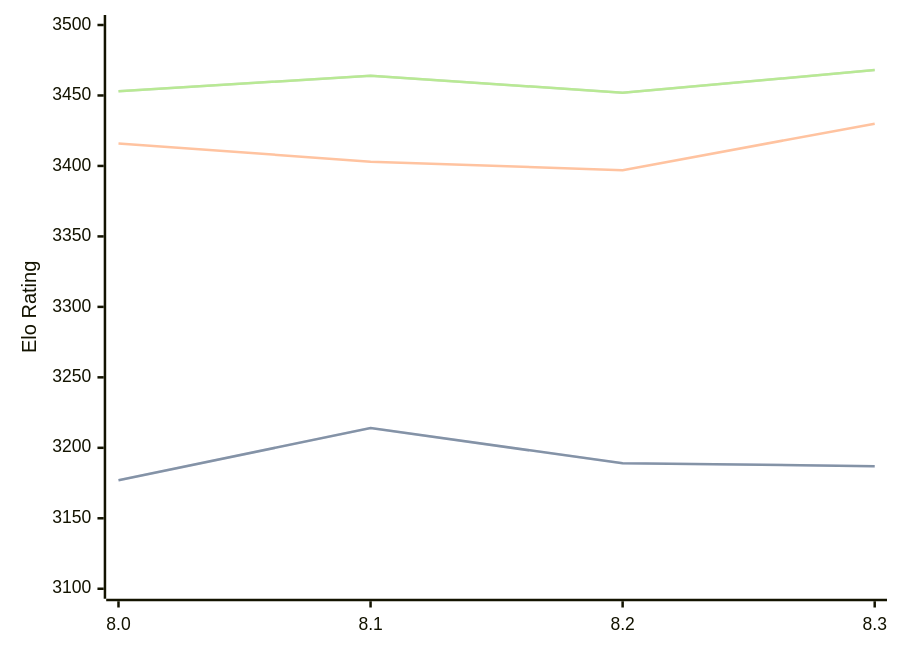
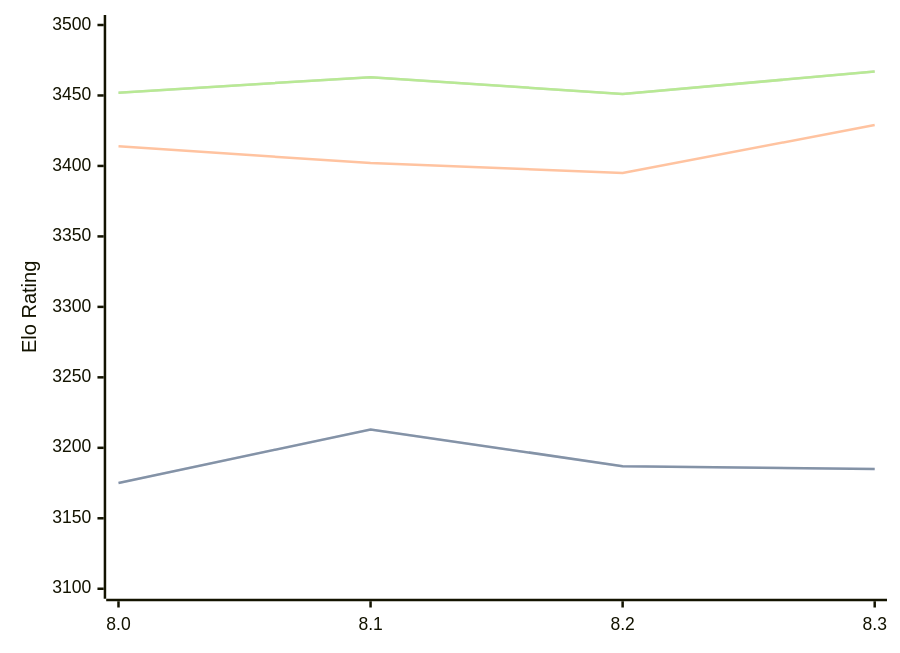
Before and after one commit to computer-chess-index/cci: the diagram in engines/Alexander.md, drawn with Mermaid. The commit also changed other lines of this file, not shown here.

Commit message:
Update CCI Ratings (ELO VLTC) - 2026-04-26

````diff
--- a/engines/Alexander.md
+++ b/engines/Alexander.md
@@ -48,11 +48,11 @@
 ```mermaid
 %%{init: {"theme":"base","themeVariables":{"seriesColors:['#a3a3a3','#222221','#faa371']}}}%%
 xychart-beta
   x-axis ["8.0", "8.1", "8.2", "8.3"]
   y-axis "Elo Rating" 3100 --> 3500
-  line "STC (8.0+0.08s)" [3177, 3214, 3189, 3187]
-  line "STC (8.0+0.08s)" [3177, 3214, 3189, 3187]
-  line "LTC (60.0+0.60s)" [3416, 3403, 3397, 3430]
-  line "VLTC (2m24s+1.12s)" [3453, 3464, 3452, 3468]
-  line "VLTC (2m24s+1.12s)" [3453, 3464, 3452, 3468]
+  line "STC (8.0+0.08s)" [3175, 3213, 3187, 3185]
+  line "STC (8.0+0.08s)" [3175, 3213, 3187, 3185]
+  line "LTC (60.0+0.60s)" [3414, 3402, 3395, 3429]
+  line "VLTC (2m24s+1.12s)" [3452, 3463, 3451, 3467]
+  line "VLTC (2m24s+1.12s)" [3452, 3463, 3451, 3467]
 ```
````
